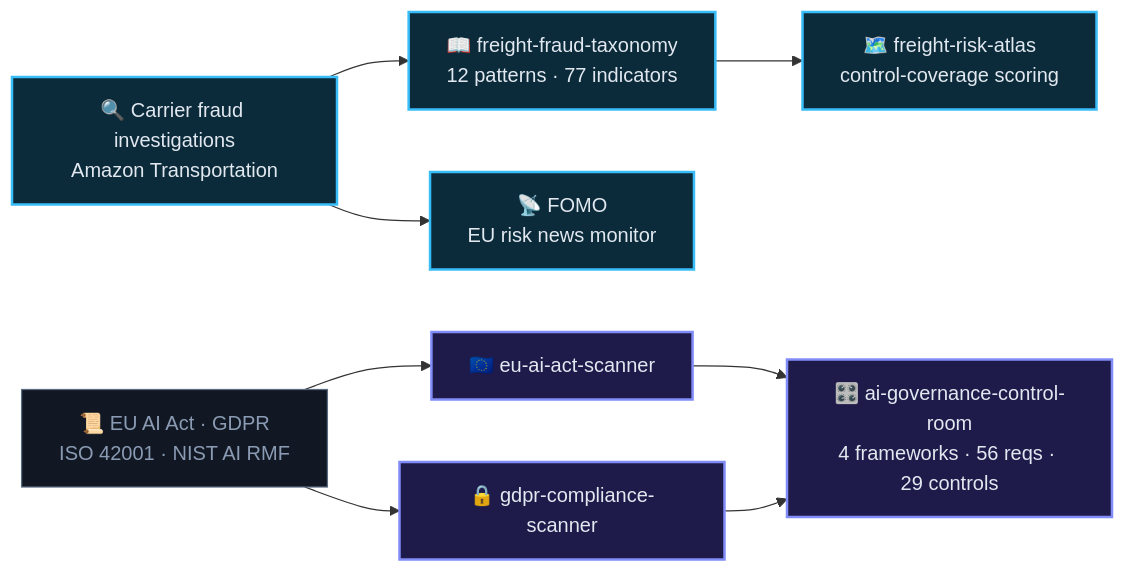
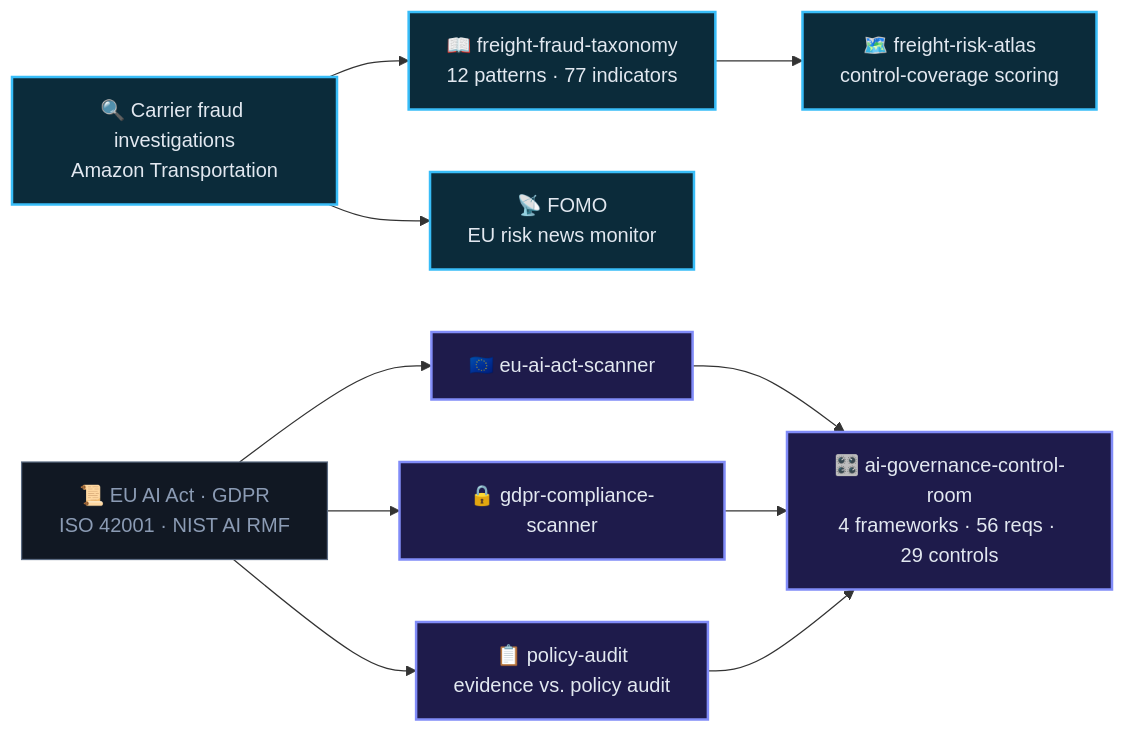
One commit to Jeevan-0508/Jeevan-0508 changed the diagram in README.md. Above: the diagram before and after it, drawn with Mermaid. The commit also changed other lines of this file, not shown here.

Commit message:
docs: add HAKAI PROTOCOL card + policy-audit node in governance diagram

````diff
--- a/README.md
+++ b/README.md
@@ -57,23 +57,25 @@
 ```mermaid
 flowchart LR
     A["🔍 Carrier fraud investigations<br/>Amazon Transportation"]
     B["📖 freight-fraud-taxonomy<br/>12 patterns · 77 indicators"]
     C["🗺️ freight-risk-atlas<br/>control-coverage scoring"]
     D["📡 FOMO<br/>EU risk news monitor"]
     E["📜 EU AI Act · GDPR<br/>ISO 42001 · NIST AI RMF"]
     F["🇪🇺 eu-ai-act-scanner"]
     G["🔒 gdpr-compliance-scanner"]
     H["🎛️ ai-governance-control-room<br/>4 frameworks · 56 reqs · 29 controls"]
+    I["📋 policy-audit<br/>evidence vs. policy audit"]
 
     A --> B --> C
     A --> D
     E --> F --> H
     E --> G --> H
+    E --> I --> H
 
     classDef freight fill:#0b2b3a,stroke:#38bdf8,stroke-width:2px,color:#e2e8f0
     classDef gov fill:#1e1b4b,stroke:#818cf8,stroke-width:2px,color:#e2e8f0
     classDef src fill:#111823,stroke:#5b6b82,stroke-width:1px,color:#8b9bb4
     class A,B,C,D freight
-    class F,G,H gov
+    class F,G,H,I gov
     class E src
 ```
````
